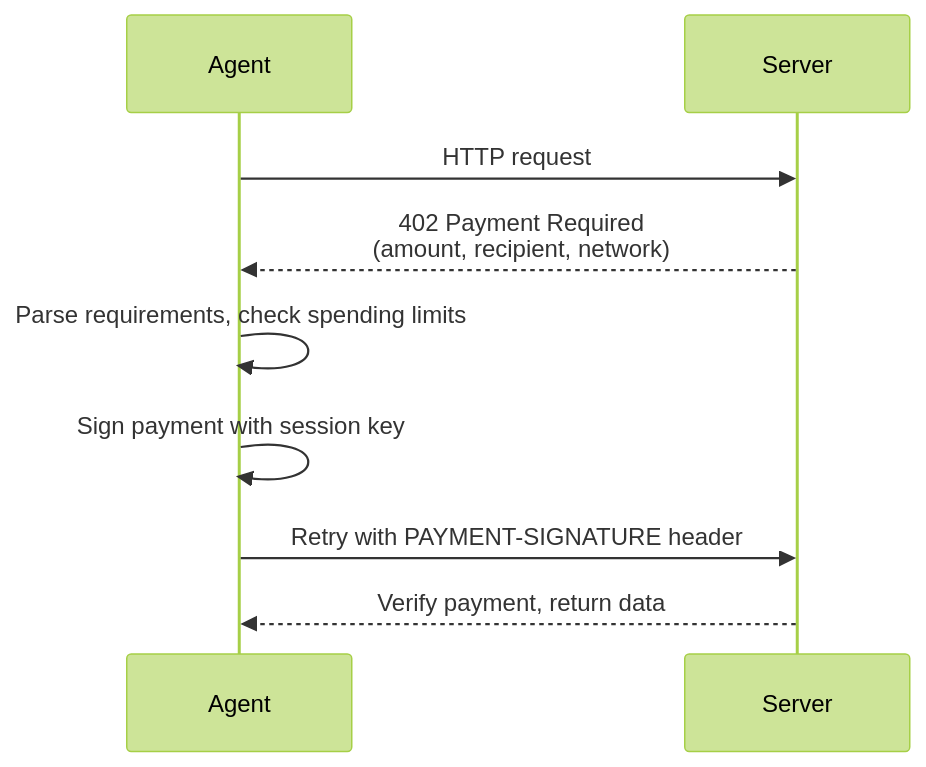
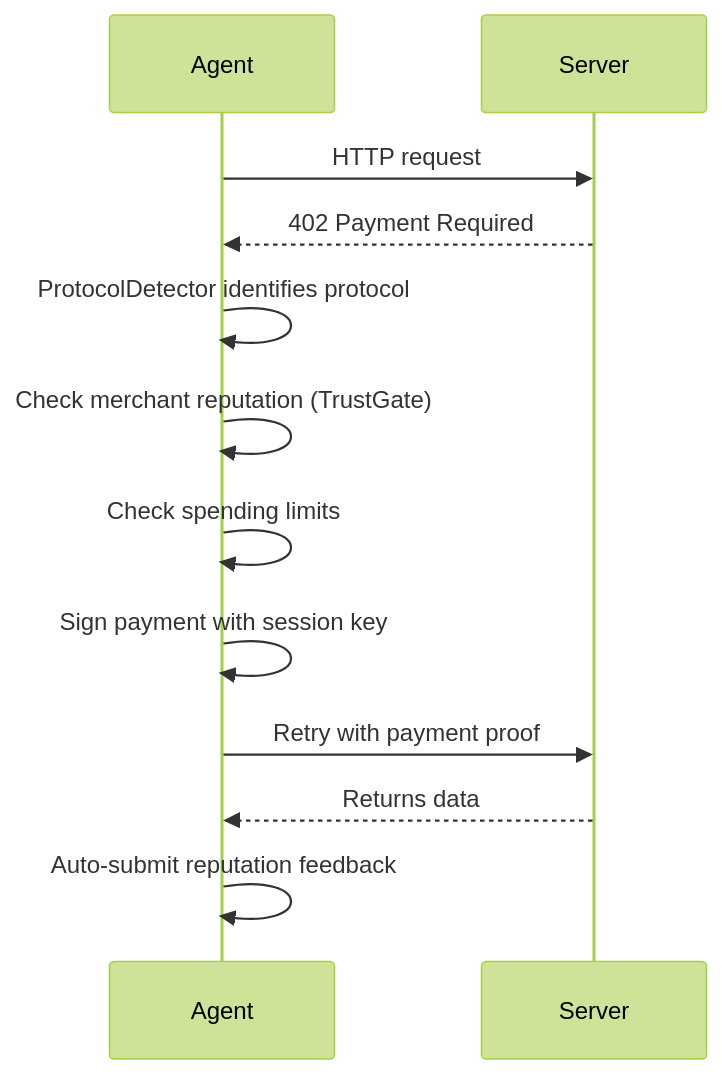
One commit to manny-uncharted/veridex-documentation changed the third of 3 diagrams in getting-started/concepts.mdx. Above: the diagram before and after it, drawn with Mermaid (forest theme). The commit also changed other lines of this file and 7 other files, not shown here.

````diff
--- a/getting-started/concepts.mdx
+++ b/getting-started/concepts.mdx
@@ -254,12 +265,15 @@
 ```mermaid
 sequenceDiagram
     participant Agent
     participant Server
 
     Agent->>Server: HTTP request
-    Server-->>Agent: 402 Payment Required<br/>(amount, recipient, network)
-    Agent->>Agent: Parse requirements, check spending limits
+    Server-->>Agent: 402 Payment Required
+    Agent->>Agent: ProtocolDetector identifies protocol
+    Agent->>Agent: Check merchant reputation (TrustGate)
+    Agent->>Agent: Check spending limits
     Agent->>Agent: Sign payment with session key
-    Agent->>Server: Retry with PAYMENT-SIGNATURE header
-    Server-->>Agent: Verify payment, return data
+    Agent->>Server: Retry with payment proof
+    Server-->>Agent: Returns data
+    Agent->>Agent: Auto-submit reputation feedback
 ```
````
